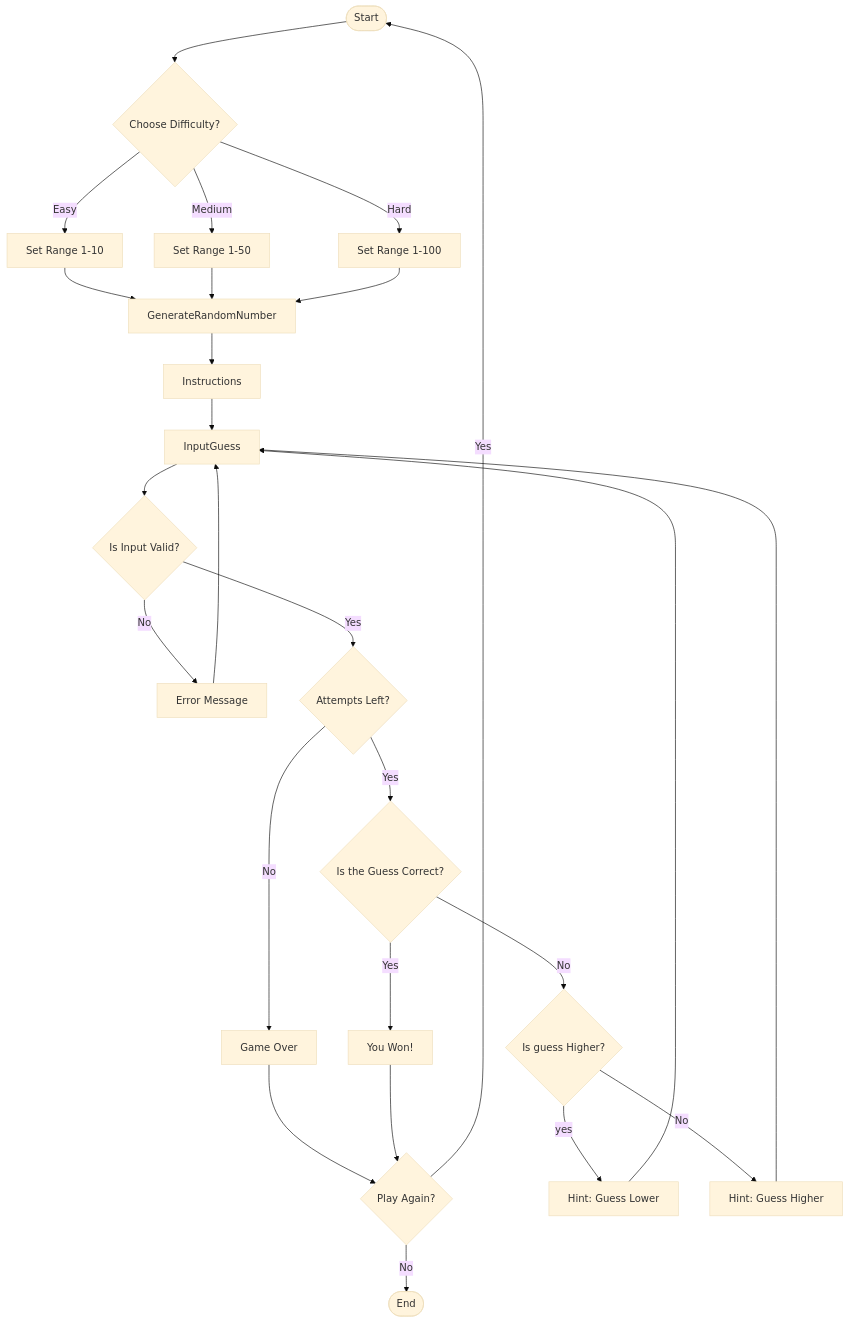
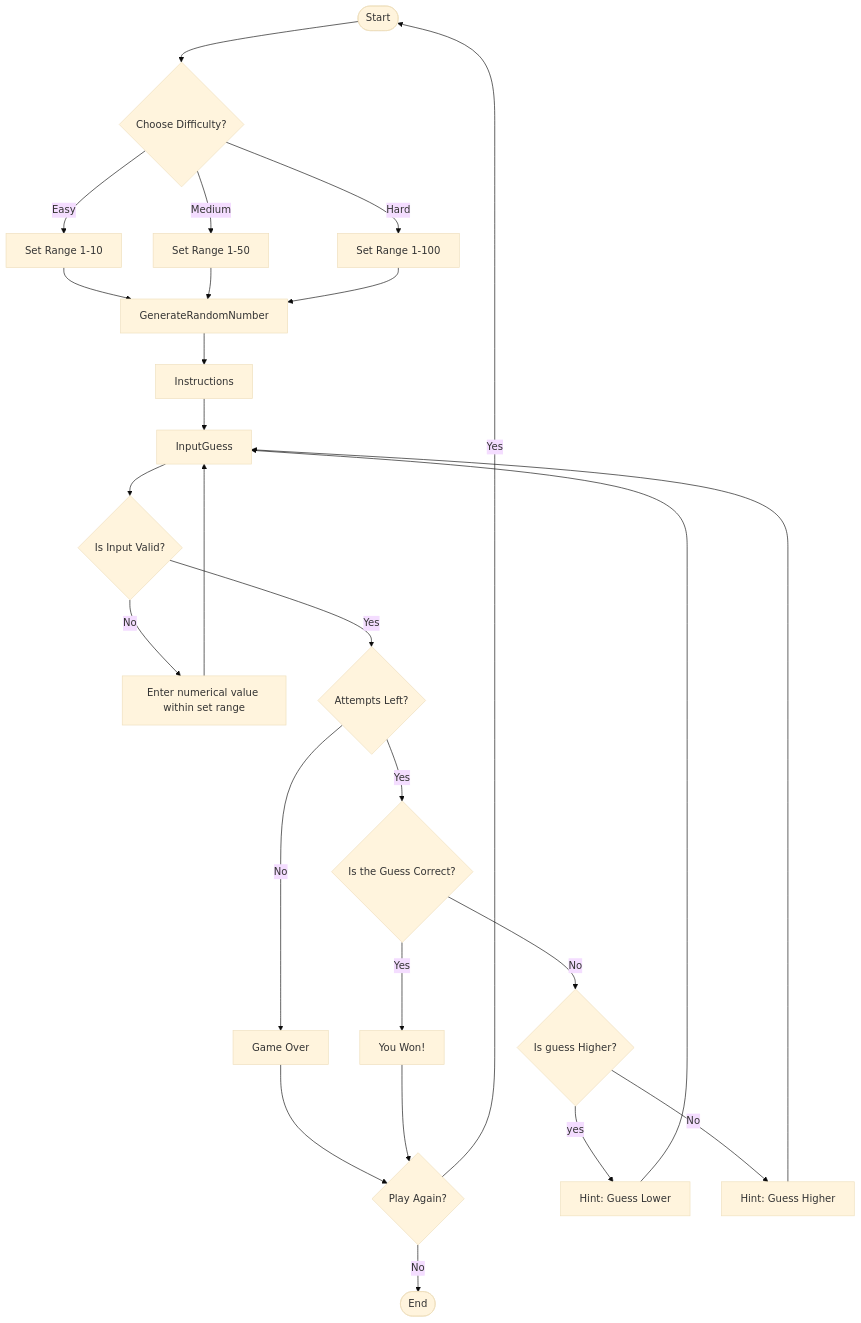
Before and after one commit to Huzaifa8000/huzaifa8000.github.io: the diagram in Guessing.md, drawn with Mermaid (base theme).

Commit message:
Update Guessing.md
Clarify why the input is valid, and how to enter

````diff
--- a/Guessing.md
+++ b/Guessing.md
@@ -1,25 +1,25 @@
 ```mermaid
 flowchart TD
   Start([Start]) --> Difficulty{Choose Difficulty?}
   Difficulty -->|Easy| SetRangeEasy[Set Range 1-10]
   Difficulty -->|Medium| SetRangeMed[Set Range 1-50]
   Difficulty -->|Hard| SetRangeHard[Set Range 1-100]
   SetRangeEasy & SetRangeMed & SetRangeHard --> GenerateRandomNumber
   GenerateRandomNumber --> Instructions[Instructions]
   Instructions --> InputGuess
   InputGuess --> ValidateInput{Is Input Valid?}
-  ValidateInput -- No --> InvalidInput[Error Message] --> InputGuess
+  ValidateInput -- No --> InvalidInput[Enter numerical value within set range] --> InputGuess
   ValidateInput -- Yes --> AttemptsCheck{Attempts Left?}
   AttemptsCheck -- No --> OutOfAttempts[Game Over]
   OutOfAttempts --> PlayAgain{Play Again?}
   PlayAgain -- Yes --> Start
   PlayAgain -- No --> End([End])
   AttemptsCheck -- Yes --> CheckGuess{Is the Guess Correct?}
   CheckGuess -- Yes --> Congratulate[You Won!]
   Congratulate --> PlayAgain
   CheckGuess -- No --> CheckHigher{Is guess Higher?}
    CheckHigher --> |yes| HintLower[Hint: Guess Lower]
    CheckHigher --> |No| HintHigher[Hint: Guess Higher]
    HintLower --> InputGuess
    HintHigher --> InputGuess
 ```
````
